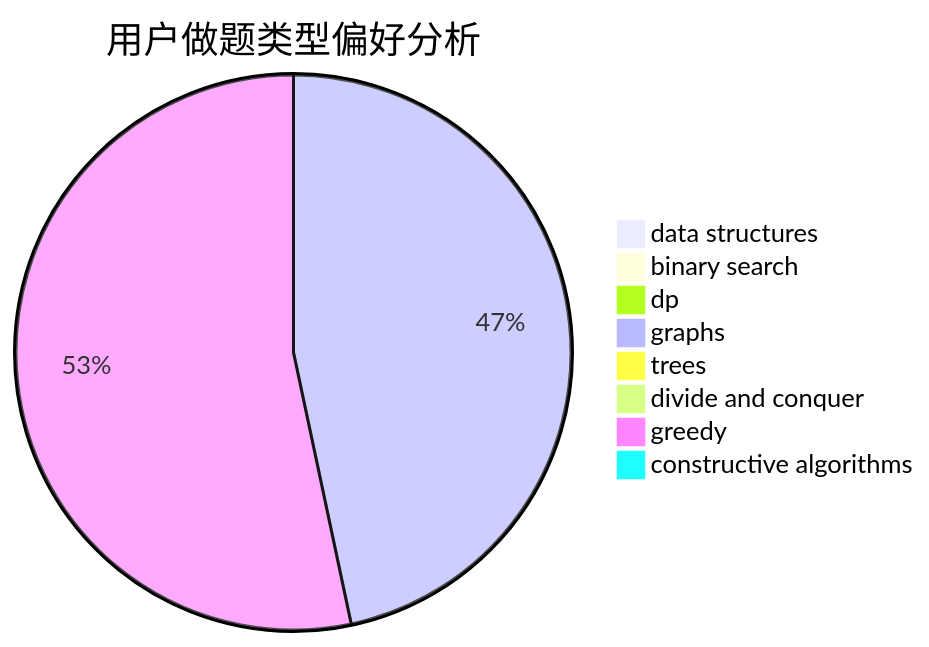
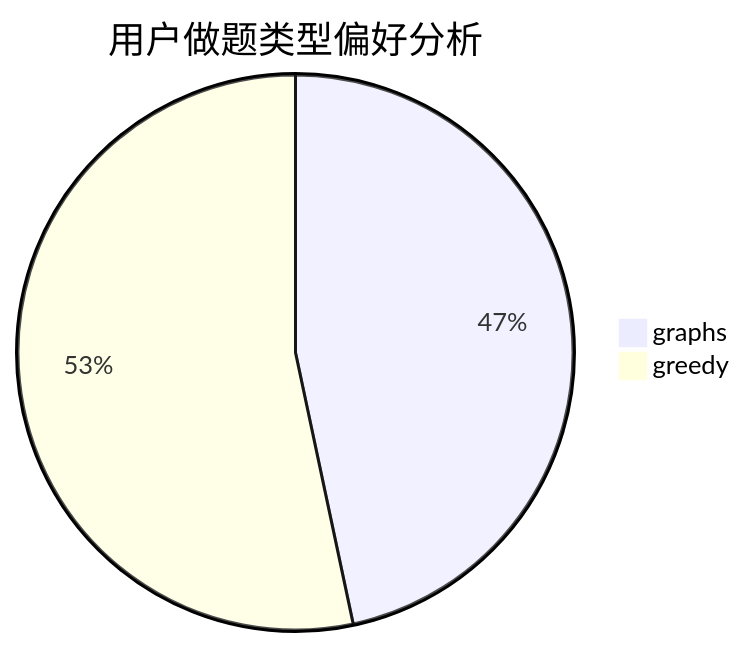
One commit to sherpahu/cfrs.github.io changed the second of 3 diagrams in docs/user/u1424.md. Above: the diagram before and after it, drawn with Mermaid. The commit also changed other lines of this file and 2770 other files, not shown here.

````diff
--- a/docs/user/u1424.md
+++ b/docs/user/u1424.md
@@ -18,11 +16,5 @@
 ```mermaid
 pie title 用户做题类型偏好分析
-    "data structures" :  0
-    "binary search" :  0
-    "dp" :  0
     "graphs" :  7
-    "trees" :  0
-    "divide and conquer" :  0
     "greedy" :  8
-    "constructive algorithms" :  0
 ```
````
